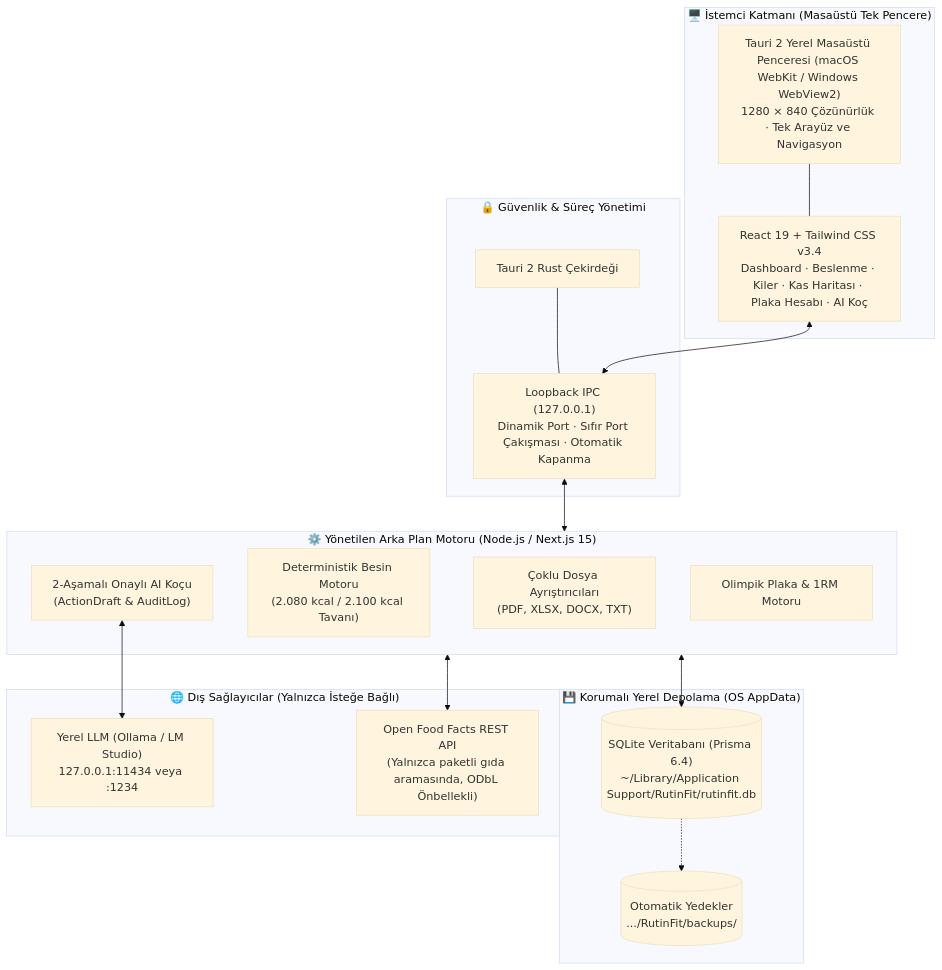
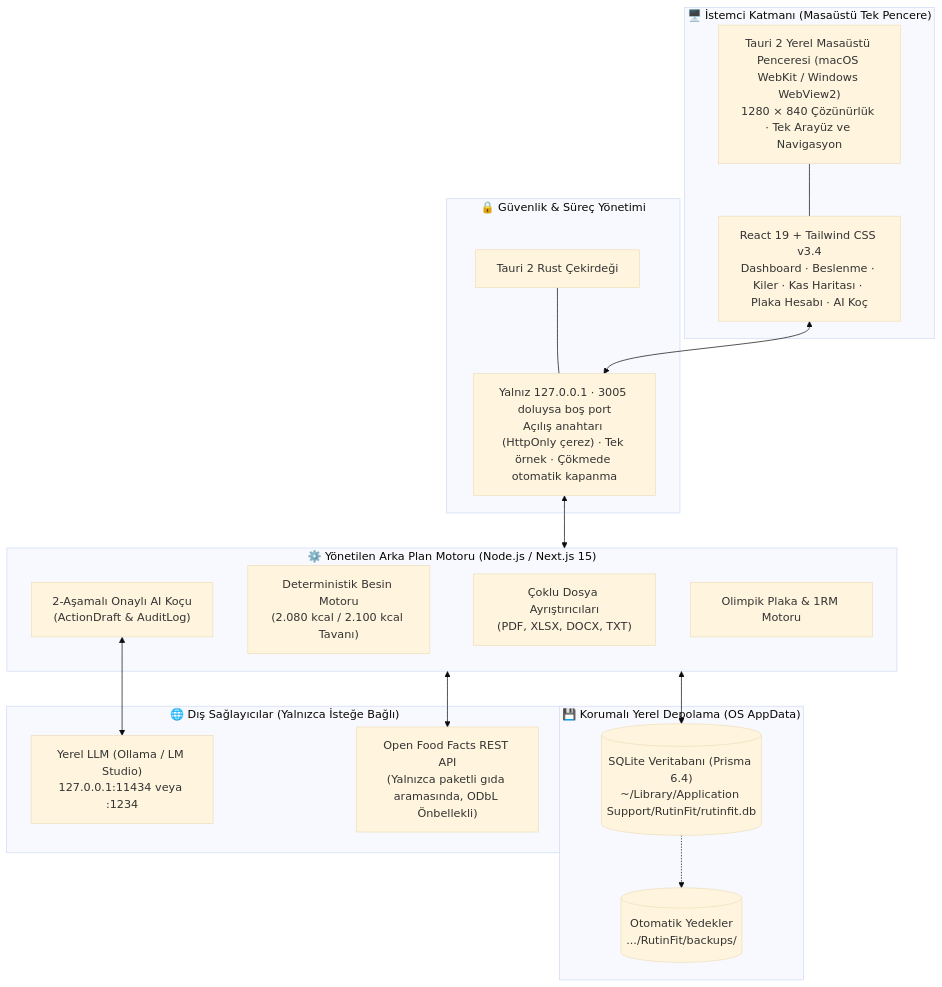
One commit to memirutku/rutinfit changed the first of 2 diagrams in README.md. Above: the diagram before and after it, drawn with Mermaid (base theme). The commit also changed other lines of this file and 20 other files, not shown here.

````diff
--- a/README.md
+++ b/README.md
@@ -64,38 +64,38 @@
 ```mermaid
 flowchart TD
     subgraph Client ["🖥️ İstemci Katmanı (Masaüstü Tek Pencere)"]
         Window["Tauri 2 Yerel Masaüstü Penceresi (macOS WebKit / Windows WebView2)\n1280 × 840 Çözünürlük · Tek Arayüz ve Navigasyon"]
         UI["React 19 + Tailwind CSS v3.4\nDashboard · Beslenme · Kiler · Kas Haritası · Plaka Hesabı · AI Koç"]
         Window --- UI
     end
 
     subgraph Security ["🔒 Güvenlik & Süreç Yönetimi"]
         RustCore["Tauri 2 Rust Çekirdeği"]
-        Loopback["Loopback IPC (127.0.0.1)\nDinamik Port · Sıfır Port Çakışması · Otomatik Kapanma"]
+        Loopback["Yalnız 127.0.0.1 · 3005 doluysa boş port\nAçılış anahtarı (HttpOnly çerez) · Tek örnek · Çökmede otomatik kapanma"]
         RustCore --- Loopback
     end
 
     subgraph Engine ["⚙️ Yönetilen Arka Plan Motoru (Node.js / Next.js 15)"]
         FileParsers["Çoklu Dosya Ayrıştırıcıları\n(PDF, XLSX, DOCX, TXT)"]
         NutriEngine["Deterministik Besin Motoru\n(2.080 kcal / 2.100 kcal Tavanı)"]
         AIEngine["2-Aşamalı Onaylı AI Koçu\n(ActionDraft & AuditLog)"]
         PlateEngine["Olimpik Plaka & 1RM Motoru"]
     end
 
     subgraph Storage ["💾 Korumalı Yerel Depolama (OS AppData)"]
         SQLite[("SQLite Veritabanı (Prisma 6.4)\n~/Library/Application Support/RutinFit/rutinfit.db")]
         Backups[("Otomatik Yedekler\n.../RutinFit/backups/")]
     end
 
     subgraph External ["🌐 Dış Sağlayıcılar (Yalnızca İsteğe Bağlı)"]
         LocalAI["Yerel LLM (Ollama / LM Studio)\n127.0.0.1:11434 veya :1234"]
         OFF["Open Food Facts REST API\n(Yalnızca paketli gıda aramasında, ODbL Önbellekli)"]
     end
 
     UI <--> Loopback
     Loopback <--> Engine
     Engine <--> SQLite
     SQLite -.-> Backups
     AIEngine <--> LocalAI
     Engine <--> OFF
 ```
````
